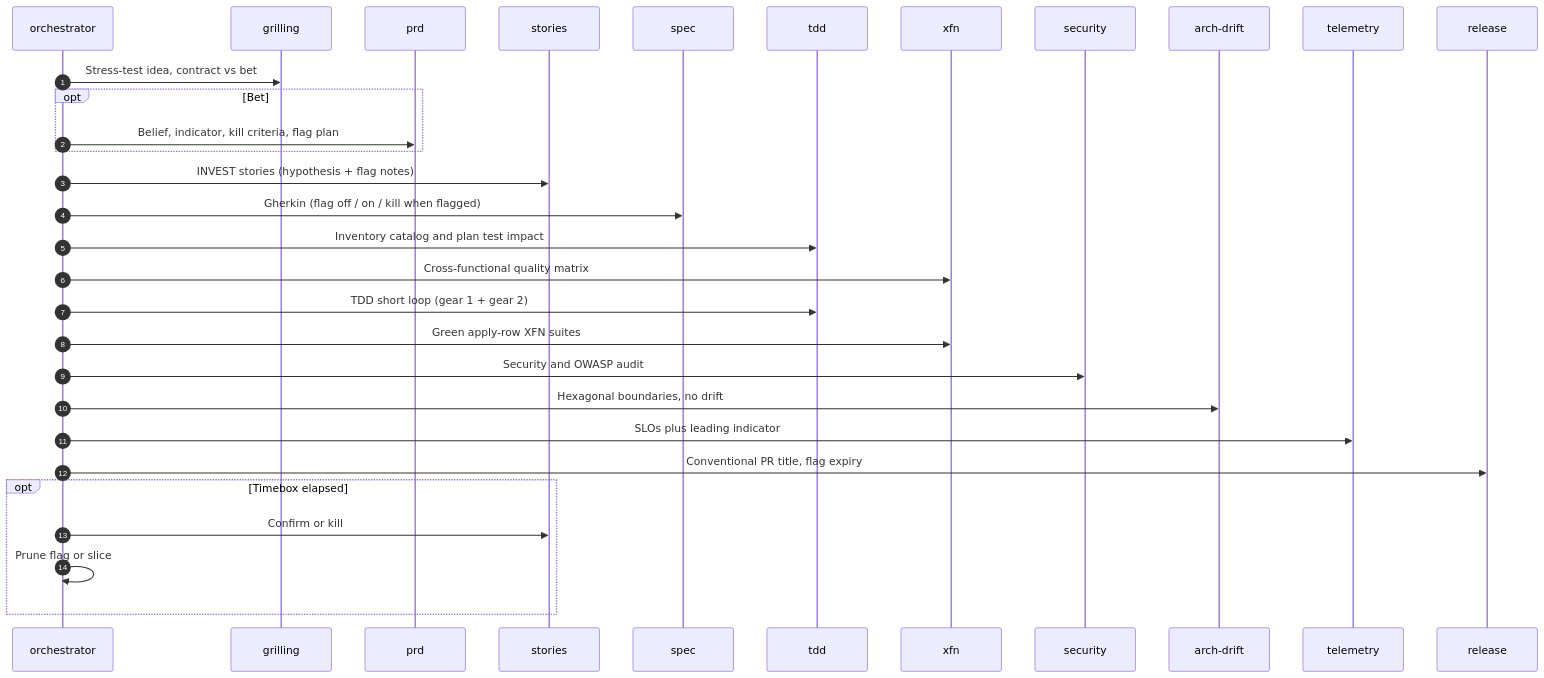
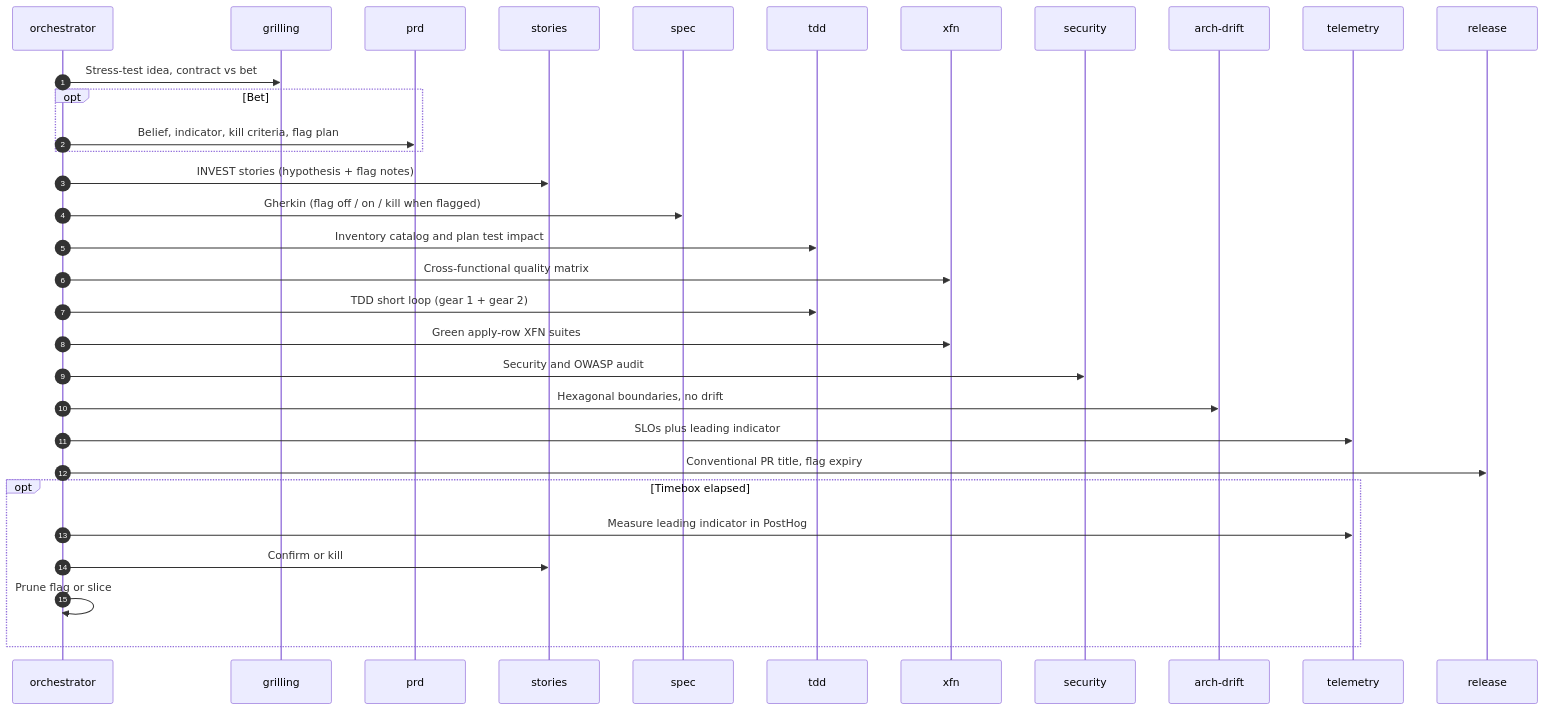
One commit to mzworthington/agent-lifecycle-kit changed the diagram in docs/lifecycle.md. Above: the diagram before and after it, drawn with Mermaid. The commit also changed other lines of this file and 4 other files, not shown here.

````diff
--- a/docs/lifecycle.md
+++ b/docs/lifecycle.md
@@ -5,34 +5,35 @@
 ```mermaid
 sequenceDiagram
   autonumber
   participant O as orchestrator
   participant G as grilling
   participant P as prd
   participant U as stories
   participant S as spec
   participant T as tdd
   participant X as xfn
   participant Sec as security
   participant Arch as arch-drift
   participant Tel as telemetry
   participant R as release
 
   O->>G: Stress-test idea, contract vs bet
   opt Bet
     O->>P: Belief, indicator, kill criteria, flag plan
   end
   O->>U: INVEST stories (hypothesis + flag notes)
   O->>S: Gherkin (flag off / on / kill when flagged)
   O->>T: Inventory catalog and plan test impact
   O->>X: Cross-functional quality matrix
   O->>T: TDD short loop (gear 1 + gear 2)
   O->>X: Green apply-row XFN suites
   O->>Sec: Security and OWASP audit
   O->>Arch: Hexagonal boundaries, no drift
   O->>Tel: SLOs plus leading indicator
   O->>R: Conventional PR title, flag expiry
   opt Timebox elapsed
+    O->>Tel: Measure leading indicator in PostHog
     O->>U: Confirm or kill
     O->>O: Prune flag or slice
   end
 ```
````
